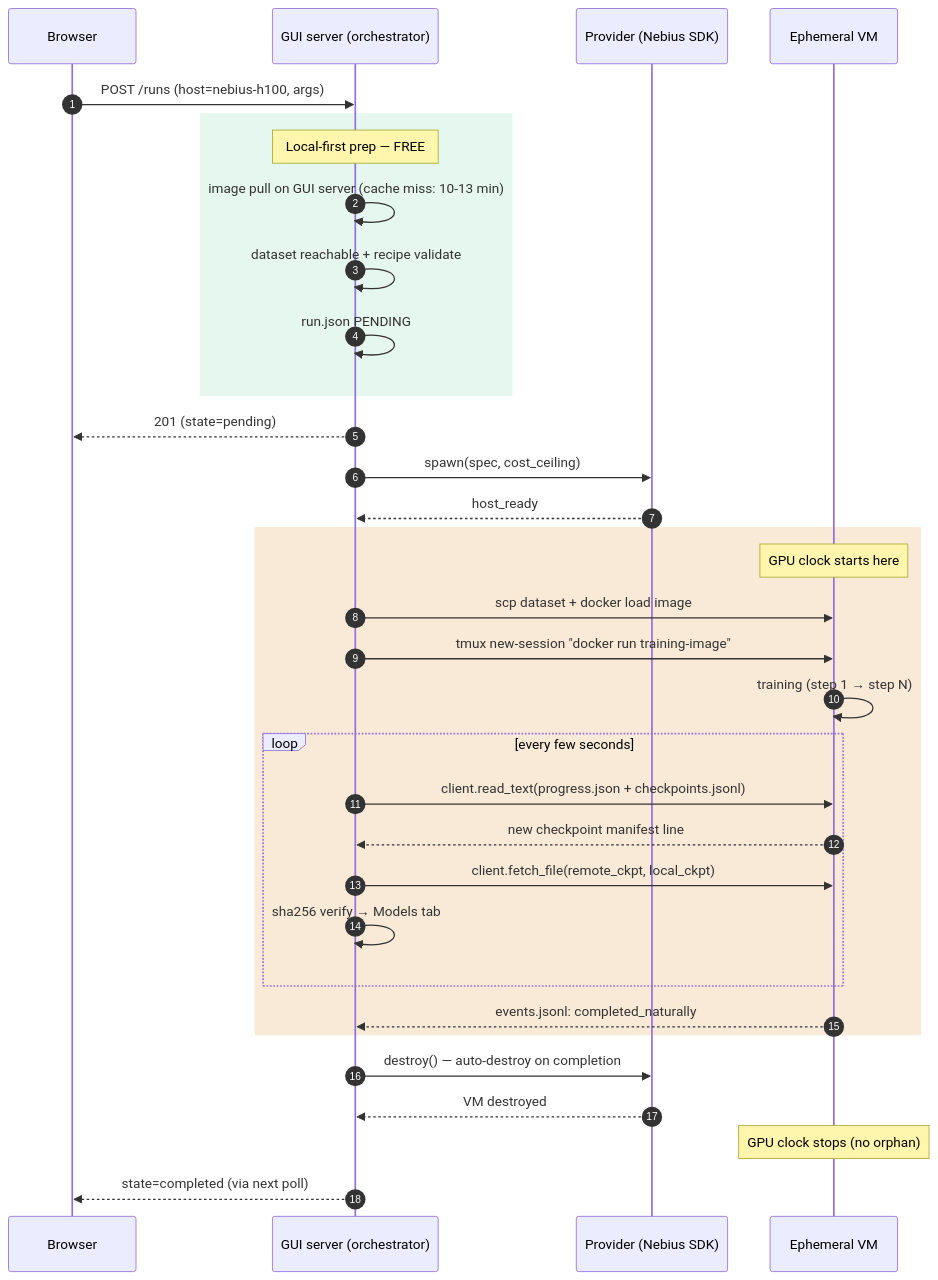
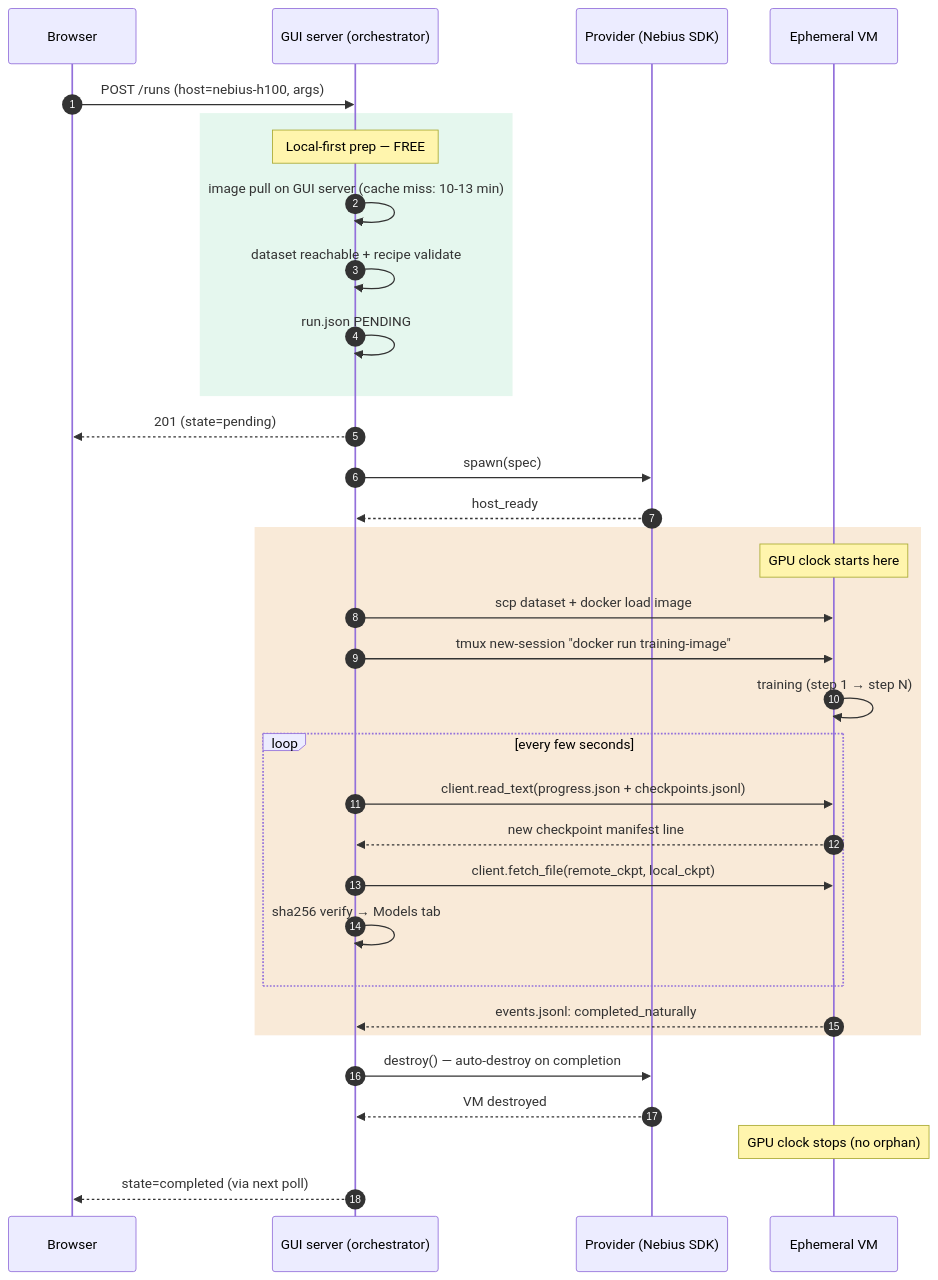
One commit to TheWisp/lerobot changed the second of 3 diagrams in src/lerobot/gui/training/DESIGN.md. Above: the diagram before and after it, drawn with Mermaid. The commit also changed other lines of this file, not shown here.

First line of the commit message:
design(training): drop cost estimation — hard TTL is the spend guard

````diff
--- a/src/lerobot/gui/training/DESIGN.md
+++ b/src/lerobot/gui/training/DESIGN.md
@@ -185,35 +183,35 @@
 ```mermaid
 sequenceDiagram
     autonumber
     participant B as Browser
     participant O as GUI server (orchestrator)
     participant P as Provider (Nebius SDK)
     participant V as Ephemeral VM
     B->>O: POST /runs (host=nebius-h100, args)
     rect rgba(0,180,90,0.10)
         Note over O: Local-first prep — FREE
         O->>O: image pull on GUI server (cache miss: 10-13 min)
         O->>O: dataset reachable + recipe validate
         O->>O: run.json PENDING
     end
     O-->>B: 201 (state=pending)
-    O->>P: spawn(spec, cost_ceiling)
+    O->>P: spawn(spec)
     P-->>O: host_ready
     rect rgba(220,140,40,0.18)
         Note over V: GPU clock starts here
         O->>V: scp dataset + docker load image
         O->>V: tmux new-session "docker run training-image"
         V->>V: training (step 1 → step N)
         loop every few seconds
             O->>V: client.read_text(progress.json + checkpoints.jsonl)
             V-->>O: new checkpoint manifest line
             O->>V: client.fetch_file(remote_ckpt, local_ckpt)
             O->>O: sha256 verify → Models tab
         end
         V-->>O: events.jsonl: completed_naturally
     end
     O->>P: destroy() — auto-destroy on completion
     P-->>O: VM destroyed
     Note over V: GPU clock stops (no orphan)
     O-->>B: state=completed (via next poll)
 ```
````
